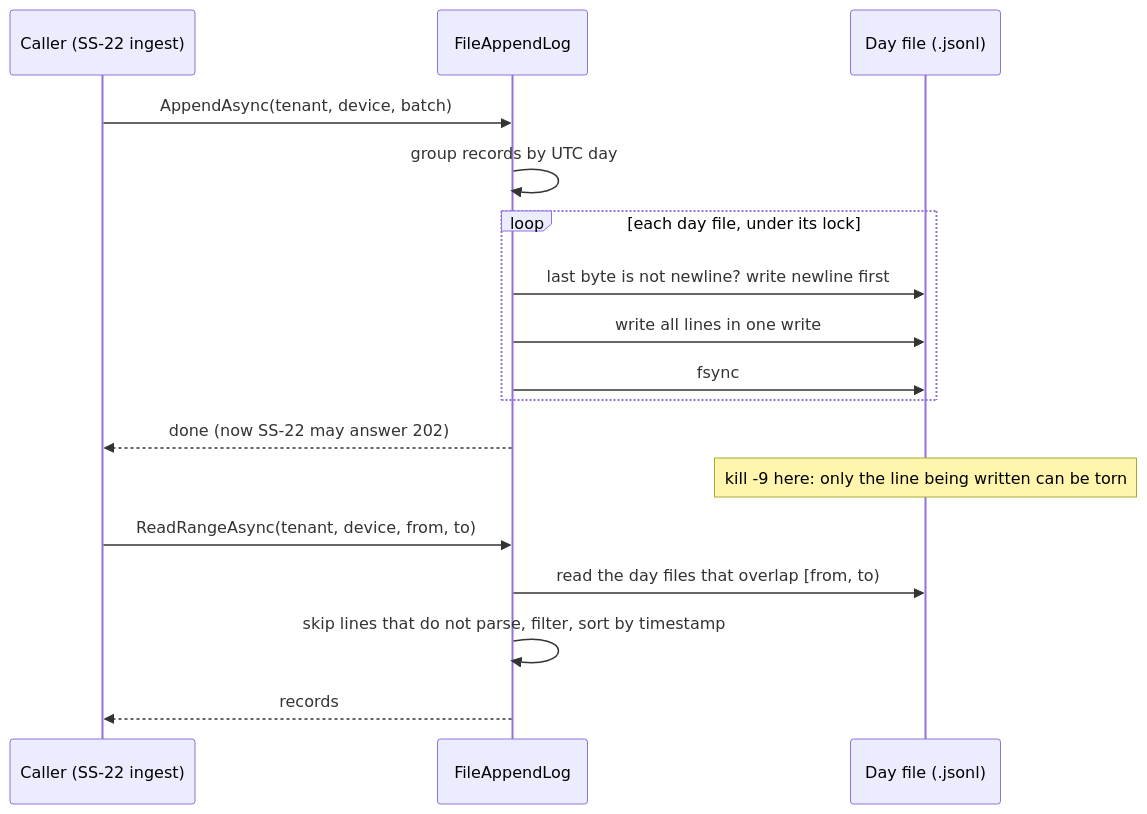
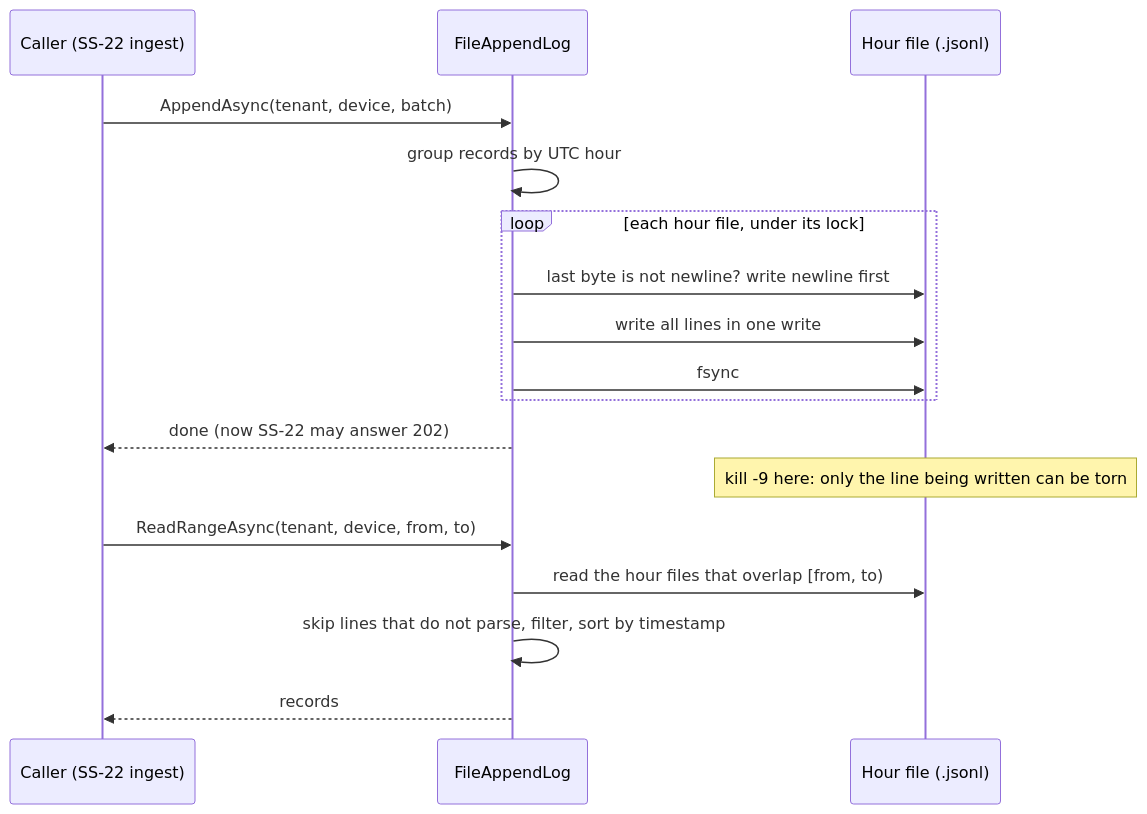
Before and after one commit to NotThaDev/SiteSense: the second of 2 diagrams in docs/plans/SS-12-position-log.md, drawn with Mermaid. The commit also changed other lines of this file, not shown here.

Commit message:
docs(plan): SS-12 hour files, lock per device log question

````diff
--- a/docs/plans/SS-12-position-log.md
+++ b/docs/plans/SS-12-position-log.md
@@ -101,19 +102,19 @@
 ```mermaid
 sequenceDiagram
   participant C as Caller (SS-22 ingest)
   participant L as FileAppendLog
-  participant F as Day file (.jsonl)
+  participant F as Hour file (.jsonl)
   C->>L: AppendAsync(tenant, device, batch)
-  L->>L: group records by UTC day
-  loop each day file, under its lock
+  L->>L: group records by UTC hour
+  loop each hour file, under its lock
     L->>F: last byte is not newline? write newline first
     L->>F: write all lines in one write
     L->>F: fsync
   end
   L-->>C: done (now SS-22 may answer 202)
   Note over F: kill -9 here: only the line being written can be torn
   C->>L: ReadRangeAsync(tenant, device, from, to)
-  L->>F: read the day files that overlap [from, to)
+  L->>F: read the hour files that overlap [from, to)
   L->>L: skip lines that do not parse, filter, sort by timestamp
   L-->>C: records
 ```
````
